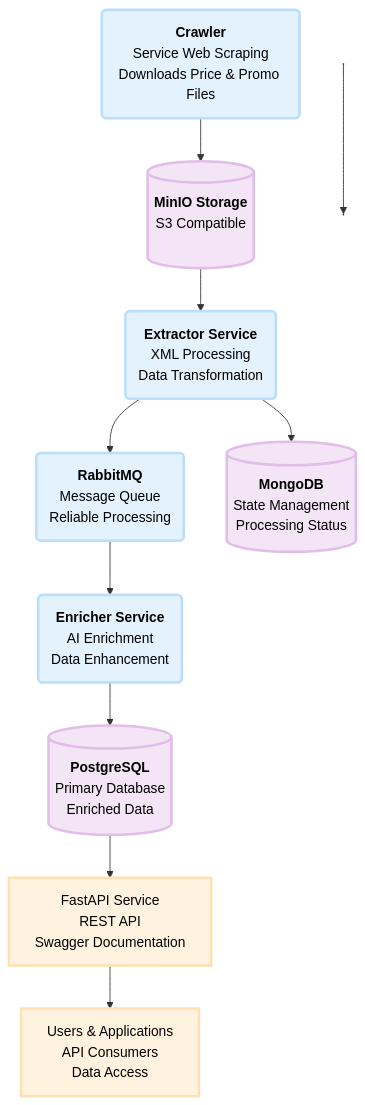
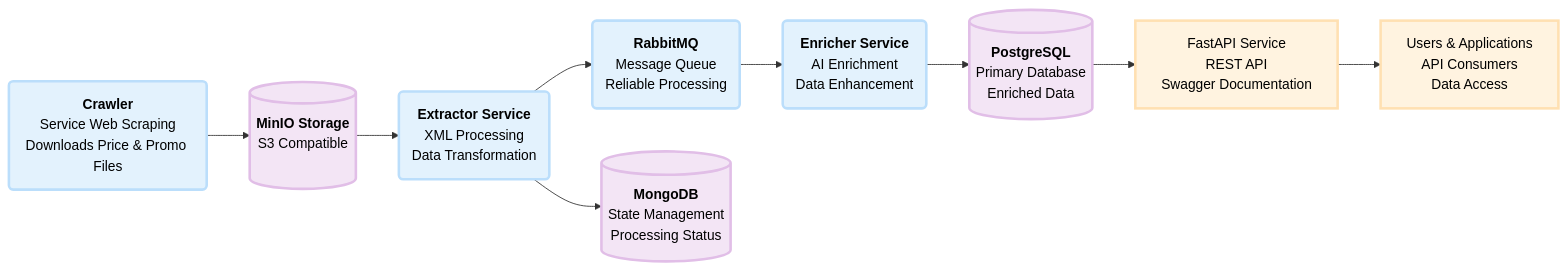
Before and after one commit to ShakedZrihen/data-pipeline-2025: the diagram in final_pipeline/README.md, drawn with Mermaid.

Commit message:
fixed the diagrma to be horizontal

````diff
--- a/final_pipeline/README.md
+++ b/final_pipeline/README.md
@@ -7,49 +7,46 @@
 ```mermaid
 ---
 config:
-  layout: fixed
+  layout: dagre
 ---
-flowchart TD
+flowchart LR
     C["<b>Crawler</b><br>Service Web Scraping<br>Downloads Price &amp; Promo Files"] -- <br> --> MINIO["<b>MinIO Storage</b><br>S3 Compatible<br><br>"]
     MINIO -- <br> --> E["<b>Extractor Service<br></b>XML Processing<br>Data Transformation"]
     E -- <br> --> RMQ["<b>RabbitMQ</b><br>Message Queue<br>Reliable Processing"] & MONGO["<b>MongoDB</b><br>State Management<br>Processing Status"]
     RMQ -- <br> --> EN["<b>Enricher Service</b><br>AI Enrichment<br>Data Enhancement"]
     EN -- <br> --> PG["<b>PostgreSQL</b><br>Primary Database<br>Enriched Data"]
     PG -- <br> --> API["FastAPI Service<br>REST API<br>Swagger Documentation"]
     API --> USERS["Users &amp; Applications<br>API Consumers<br>Data Access"]
-    n1[" "] --> n2[" "]
     C@{ shape: rounded}
     MINIO@{ shape: cyl}
     E@{ shape: rounded}
     RMQ@{ shape: rounded}
     MONGO@{ shape: cyl}
     EN@{ shape: rounded}
     PG@{ shape: cyl}
-    n1@{ shape: anchor}
-    n2@{ shape: anchor}
      C:::processing
      MINIO:::storage
      E:::processing
      RMQ:::storage
      RMQ:::Sky
      RMQ:::processing
      MONGO:::storage
      EN:::processing
      PG:::storage
      API:::access
      USERS:::access
     classDef external fill:#e8f5e8,stroke:#2e7d32,stroke-width:3px,color:#000
     classDef storage fill:#f3e5f5,stroke:#7b1fa2,stroke-width:3px,color:#000
     classDef access fill:#fff3e0,stroke:#ef6c00,stroke-width:3px,color:#000
     classDef Sky stroke-width:1px, stroke-dasharray:none, stroke:#374D7C, fill:#E2EBFF, color:#374D7C
     classDef processing fill:#e3f2fd, stroke:#1565c0, stroke-width:3px, color:#000
     style C stroke:#BBDEFB
     style MINIO stroke:#E1BEE7
     style E stroke:#BBDEFB
     style RMQ stroke:#BBDEFB
     style MONGO stroke:#E1BEE7
     style EN stroke:#BBDEFB
     style PG stroke:#E1BEE7
     style API stroke:#FFE0B2
     style USERS stroke:#FFE0B2
 ```
````
